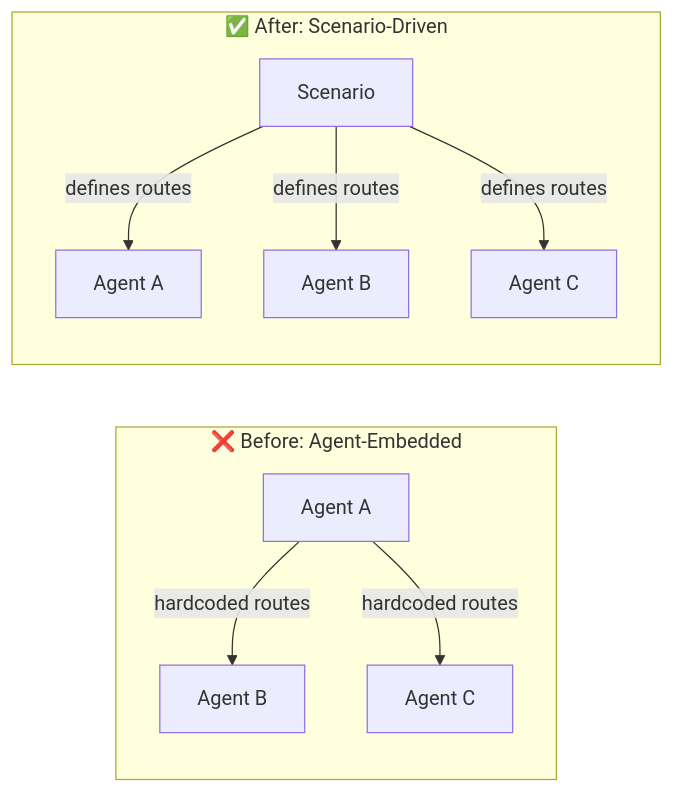
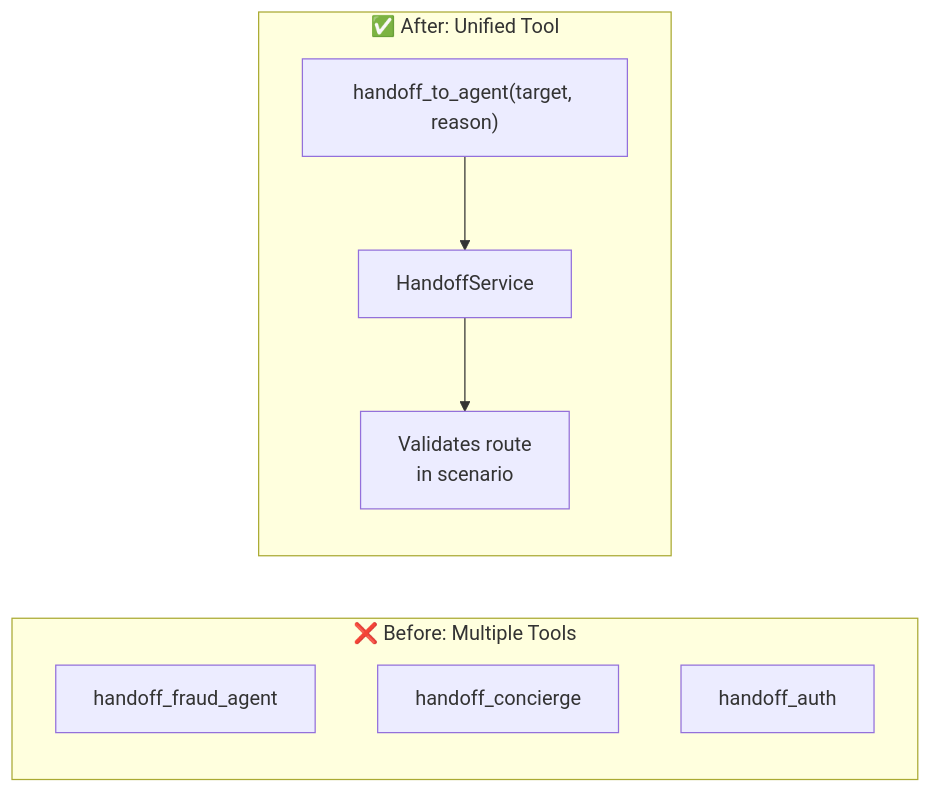
Before and after one commit to Azure-Samples/art-voice-agent-accelerator: the first of 6 diagrams in docs/architecture/agents/handoffs.md, drawn with Mermaid. The commit also changed other lines of this file and 62 other files, not shown here.

````diff
--- a/docs/architecture/agents/handoffs.md
+++ b/docs/architecture/agents/handoffs.md
@@ -46,13 +46,13 @@
 ```mermaid
 flowchart LR
-    subgraph Before["❌ Before: Agent-Embedded"]
-        A1[Agent A] -->|"hardcoded routes"| A2[Agent B]
-        A1 -->|"hardcoded routes"| A3[Agent C]
+    subgraph Before["❌ Before: Multiple Tools"]
+        A1[handoff_fraud_agent] 
+        A2[handoff_concierge]
+        A3[handoff_auth]
     end
     
-    subgraph After["✅ After: Scenario-Driven"]
-        S[Scenario] -->|"defines routes"| B1[Agent A]
-        S -->|"defines routes"| B2[Agent B]
-        S -->|"defines routes"| B3[Agent C]
+    subgraph After["✅ After: Unified Tool"]
+        S["handoff_to_agent(target, reason)"] --> HS["HandoffService"]
+        HS --> Val["Validates route<br/>in scenario"]
     end
 ```
````
